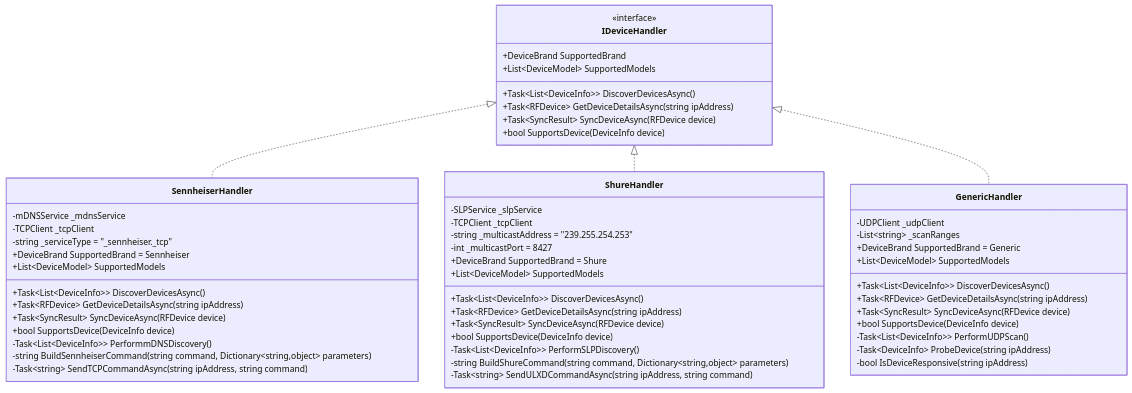
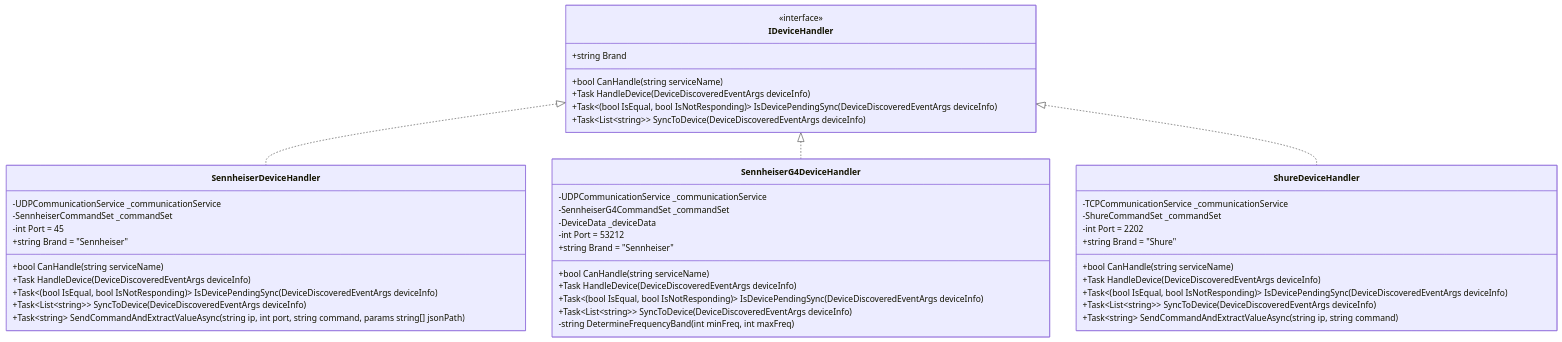
One commit to Beatwen/RF_Go changed the seventh of 13 diagrams in docusaurus/docs/uml-analysis/class-diagrams.md. Above: the diagram before and after it, drawn with Mermaid. The commit also changed other lines of this file and 123 other files, not shown here.

````diff
--- a/docusaurus/docs/uml-analysis/class-diagrams.md
+++ b/docusaurus/docs/uml-analysis/class-diagrams.md
@@ -313,64 +732,55 @@
 ```mermaid
 classDiagram
     class IDeviceHandler {
         <<interface>>
-        +DeviceBrand SupportedBrand
-        +List~DeviceModel~ SupportedModels
-        +Task~List~DeviceInfo~~ DiscoverDevicesAsync()
-        +Task~RFDevice~ GetDeviceDetailsAsync(string ipAddress)
-        +Task~SyncResult~ SyncDeviceAsync(RFDevice device)
-        +bool SupportsDevice(DeviceInfo device)
+        +string Brand
+        +bool CanHandle(string serviceName)
+        +Task HandleDevice(DeviceDiscoveredEventArgs deviceInfo)
+        +Task~(bool IsEqual, bool IsNotResponding)~ IsDevicePendingSync(DeviceDiscoveredEventArgs deviceInfo)
+        +Task~List~string~~ SyncToDevice(DeviceDiscoveredEventArgs deviceInfo)
     }
     
-    class SennheiserHandler {
-        -mDNSService _mdnsService
-        -TCPClient _tcpClient
-        -string _serviceType = "_sennheiser._tcp"
+    class SennheiserDeviceHandler {
+        -UDPCommunicationService _communicationService
+        -SennheiserCommandSet _commandSet
+        -int Port = 45
         
-        +DeviceBrand SupportedBrand = Sennheiser
-        +List~DeviceModel~ SupportedModels
-        +Task~List~DeviceInfo~~ DiscoverDevicesAsync()
-        +Task~RFDevice~ GetDeviceDetailsAsync(string ipAddress)
-        +Task~SyncResult~ SyncDeviceAsync(RFDevice device)
-        +bool SupportsDevice(DeviceInfo device)
-        -Task~List~DeviceInfo~~ PerformmDNSDiscovery()
-        -string BuildSennheiserCommand(string command, Dictionary~string,object~ parameters)
-        -Task~string~ SendTCPCommandAsync(string ipAddress, string command)
+        +string Brand = "Sennheiser"
+        +bool CanHandle(string serviceName)
+        +Task HandleDevice(DeviceDiscoveredEventArgs deviceInfo)
+        +Task~(bool IsEqual, bool IsNotResponding)~ IsDevicePendingSync(DeviceDiscoveredEventArgs deviceInfo)
+        +Task~List~string~~ SyncToDevice(DeviceDiscoveredEventArgs deviceInfo)
+        +Task~string~ SendCommandAndExtractValueAsync(string ip, int port, string command, params string[] jsonPath)
     }
     
-    class ShureHandler {
-        -SLPService _slpService
-        -TCPClient _tcpClient
-        -string _multicastAddress = "239.255.254.253"
-        -int _multicastPort = 8427
+    class SennheiserG4DeviceHandler {
+        -UDPCommunicationService _communicationService
+        -SennheiserG4CommandSet _commandSet
+        -DeviceData _deviceData
+        -int Port = 53212
         
-        +DeviceBrand SupportedBrand = Shure
-        +List~DeviceModel~ SupportedModels
-        +Task~List~DeviceInfo~~ DiscoverDevicesAsync()
-        +Task~RFDevice~ GetDeviceDetailsAsync(string ipAddress)
-        +Task~SyncResult~ SyncDeviceAsync(RFDevice device)
-        +bool SupportsDevice(DeviceInfo device)
-        -Task~List~DeviceInfo~~ PerformSLPDiscovery()
-        -string BuildShureCommand(string command, Dictionary~string,object~ parameters)
-        -Task~string~ SendULXDCommandAsync(string ipAddress, string command)
+        +string Brand = "Sennheiser"
+        +bool CanHandle(string serviceName)
+        +Task HandleDevice(DeviceDiscoveredEventArgs deviceInfo)
+        +Task~(bool IsEqual, bool IsNotResponding)~ IsDevicePendingSync(DeviceDiscoveredEventArgs deviceInfo)
+        +Task~List~string~~ SyncToDevice(DeviceDiscoveredEventArgs deviceInfo)
+        -string DetermineFrequencyBand(int minFreq, int maxFreq)
     }
     
-    class GenericHandler {
-        -UDPClient _udpClient
-        -List~string~ _scanRanges
+    class ShureDeviceHandler {
+        -TCPCommunicationService _communicationService
+        -ShureCommandSet _commandSet
+        -int Port = 2202
         
-        +DeviceBrand SupportedBrand = Generic
-        +List~DeviceModel~ SupportedModels
-        +Task~List~DeviceInfo~~ DiscoverDevicesAsync()
-        +Task~RFDevice~ GetDeviceDetailsAsync(string ipAddress)
-        +Task~SyncResult~ SyncDeviceAsync(RFDevice device)
-        +bool SupportsDevice(DeviceInfo device)
-        -Task~List~DeviceInfo~~ PerformUDPScan()
-        -Task~DeviceInfo~ ProbeDevice(string ipAddress)
-        -bool IsDeviceResponsive(string ipAddress)
+        +string Brand = "Shure"
+        +bool CanHandle(string serviceName)
+        +Task HandleDevice(DeviceDiscoveredEventArgs deviceInfo)
+        +Task~(bool IsEqual, bool IsNotResponding)~ IsDevicePendingSync(DeviceDiscoveredEventArgs deviceInfo)
+        +Task~List~string~~ SyncToDevice(DeviceDiscoveredEventArgs deviceInfo)
+        +Task~string~ SendCommandAndExtractValueAsync(string ip, string command)
     }
     
-    IDeviceHandler <|.. SennheiserHandler
-    IDeviceHandler <|.. ShureHandler
-    IDeviceHandler <|.. GenericHandler
+    IDeviceHandler <|.. SennheiserDeviceHandler
+    IDeviceHandler <|.. SennheiserG4DeviceHandler
+    IDeviceHandler <|.. ShureDeviceHandler
 ```
````
